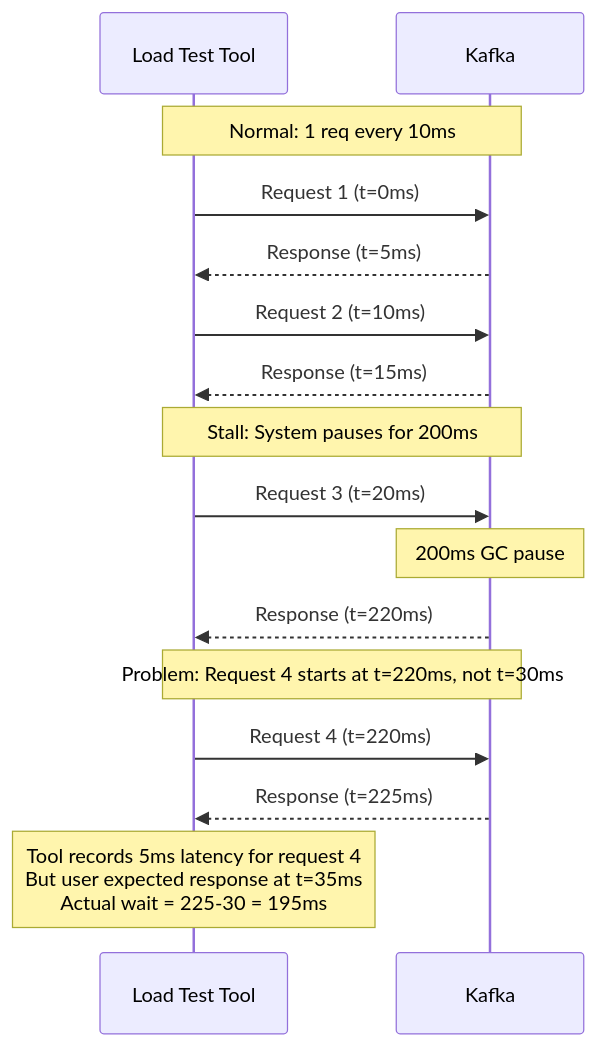
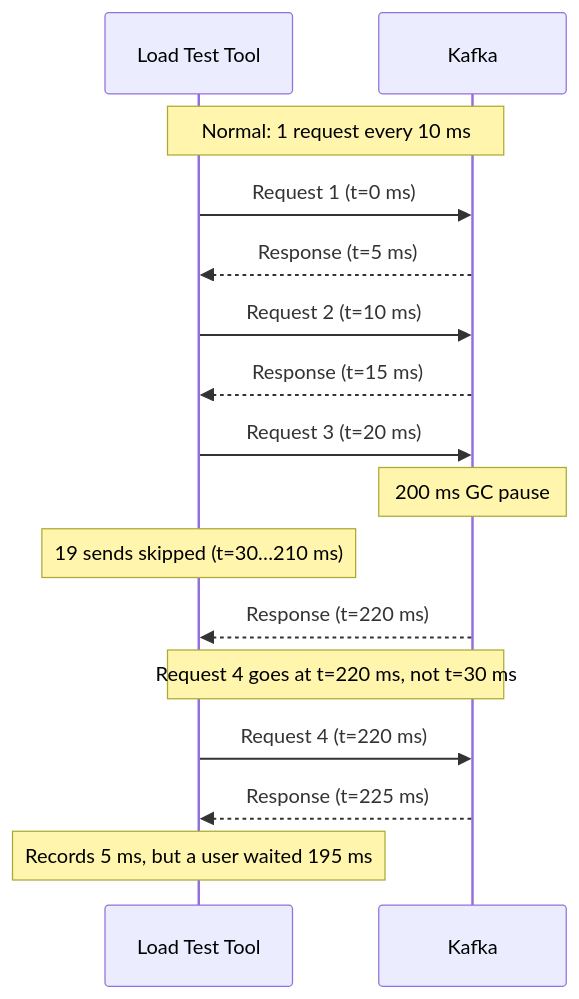
One commit to bmscomp/kates changed the second of 2 diagrams in docs/book/04-performance-theory.md. Above: the diagram before and after it, drawn with Mermaid. The commit also changed other lines of this file and 52 other files, not shown here.

````diff
--- a/docs/book/04-performance-theory.md
+++ b/docs/book/04-performance-theory.md
@@ -153,25 +153,25 @@
 ```mermaid
 %%| label: fig-perf-coordinated-omission
 %%| fig-cap: "Coordinated omission: a tool that waits for each response stops sending during a stall, so it records one slow request and never measures the ones it should have sent."
-%%| fig-alt: "Sequence diagram between a load test tool and Kafka. Requests 1 and 2 go out 10 ms apart and return in 5 ms. Request 3 goes out at 20 ms, Kafka pauses 200 ms for garbage collection, and the response arrives at 220 ms. Request 4 is sent only at 220 ms instead of 30 ms and returns at 225 ms, so the tool records 5 ms for it, while a user who expected a response at 35 ms waited 195 ms."
+%%| fig-alt: "Sequence diagram between a load test tool and Kafka. Requests 1 and 2 go out 10 ms apart and return in 5 ms. Request 3 goes out at 20 ms, Kafka pauses 200 ms for garbage collection, and the response arrives at 220 ms. The 19 sends due between 30 and 210 ms are skipped. Request 4 goes at 220 ms instead of 30 ms and returns at 225 ms, so the tool records 5 ms while a user waited 195 ms."
 sequenceDiagram
     participant Tool as Load Test Tool
     participant System as Kafka
     
-    Note over Tool,System: Normal: 1 req every 10ms
-    Tool->>System: Request 1 (t=0ms)
-    System-->>Tool: Response (t=5ms)
-    Tool->>System: Request 2 (t=10ms)
-    System-->>Tool: Response (t=15ms)
+    Note over Tool,System: Normal: 1 request every 10 ms
+    Tool->>System: Request 1 (t=0 ms)
+    System-->>Tool: Response (t=5 ms)
+    Tool->>System: Request 2 (t=10 ms)
+    System-->>Tool: Response (t=15 ms)
     
-    Note over Tool,System: Stall: System pauses for 200ms
-    Tool->>System: Request 3 (t=20ms)
-    Note over System: 200ms GC pause
-    System-->>Tool: Response (t=220ms)
+    Tool->>System: Request 3 (t=20 ms)
+    Note over System: 200 ms GC pause
+    Note over Tool: 19 sends skipped (t=30…210 ms)
+    System-->>Tool: Response (t=220 ms)
     
-    Note over Tool,System: Problem: Request 4 starts at t=220ms, not t=30ms
-    Tool->>System: Request 4 (t=220ms)
-    System-->>Tool: Response (t=225ms)
+    Note over Tool,System: Request 4 goes at t=220 ms, not t=30 ms
+    Tool->>System: Request 4 (t=220 ms)
+    System-->>Tool: Response (t=225 ms)
     
-    Note over Tool: Tool records 5ms latency for request 4<br/>But user expected response at t=35ms<br/>Actual wait = 225-30 = 195ms
+    Note over Tool: Records 5 ms, but a user waited 195 ms
 ```
````
